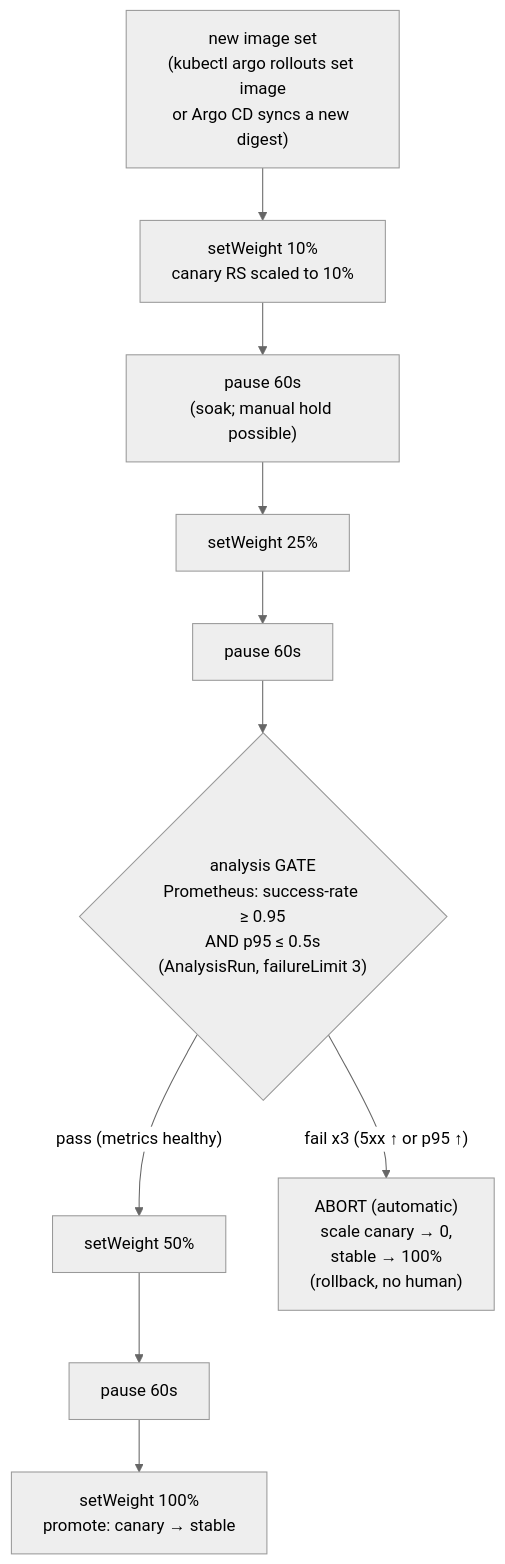
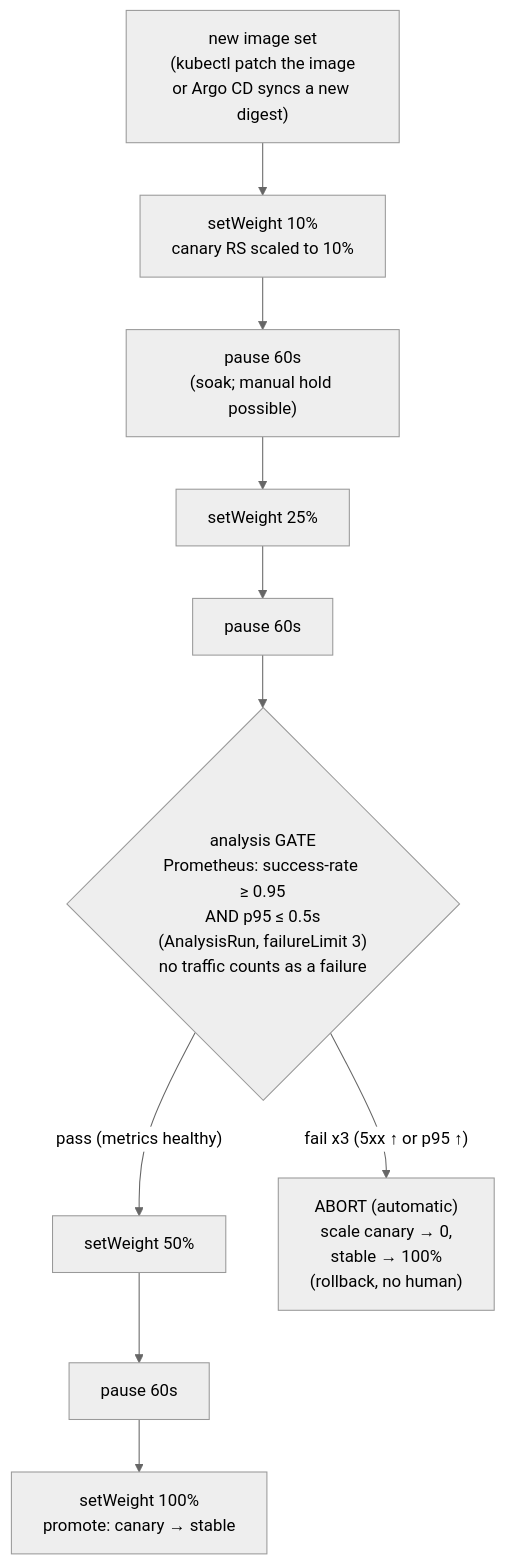
Before and after one commit to abd-ulbasit/bookstore-kubernetes-guide: the diagram in full-guide/07-delivery/05-progressive-delivery.md, drawn with Mermaid (neutral theme). The commit also changed other lines of this file and 5 other files, not shown here.

````diff
--- a/full-guide/07-delivery/05-progressive-delivery.md
+++ b/full-guide/07-delivery/05-progressive-delivery.md
@@ -95,17 +117,17 @@
 ```mermaid
 flowchart TD
-    new["new image set<br/>(kubectl argo rollouts set image<br/>or Argo CD syncs a new digest)"]
+    new["new image set<br/>(kubectl patch the image<br/>or Argo CD syncs a new digest)"]
     w10["setWeight 10%<br/>canary RS scaled to 10%"]
     p1["pause 60s<br/>(soak; manual hold possible)"]
     w25["setWeight 25%"]
     p2["pause 60s"]
-    an{"analysis GATE<br/>Prometheus: success-rate ≥ 0.95<br/>AND p95 ≤ 0.5s<br/>(AnalysisRun, failureLimit 3)"}
+    an{"analysis GATE<br/>Prometheus: success-rate ≥ 0.95<br/>AND p95 ≤ 0.5s<br/>(AnalysisRun, failureLimit 3)<br/>no traffic counts as a failure"}
     w50["setWeight 50%"]
     p3["pause 60s"]
     w100["setWeight 100%<br/>promote: canary → stable"]
     abort["ABORT (automatic)<br/>scale canary → 0,<br/>stable → 100%<br/>(rollback, no human)"]
 
     new --> w10 --> p1 --> w25 --> p2 --> an
     an -- "pass (metrics healthy)" --> w50 --> p3 --> w100
     an -- "fail x3 (5xx ↑ or p95 ↑)" --> abort
 ```
````
